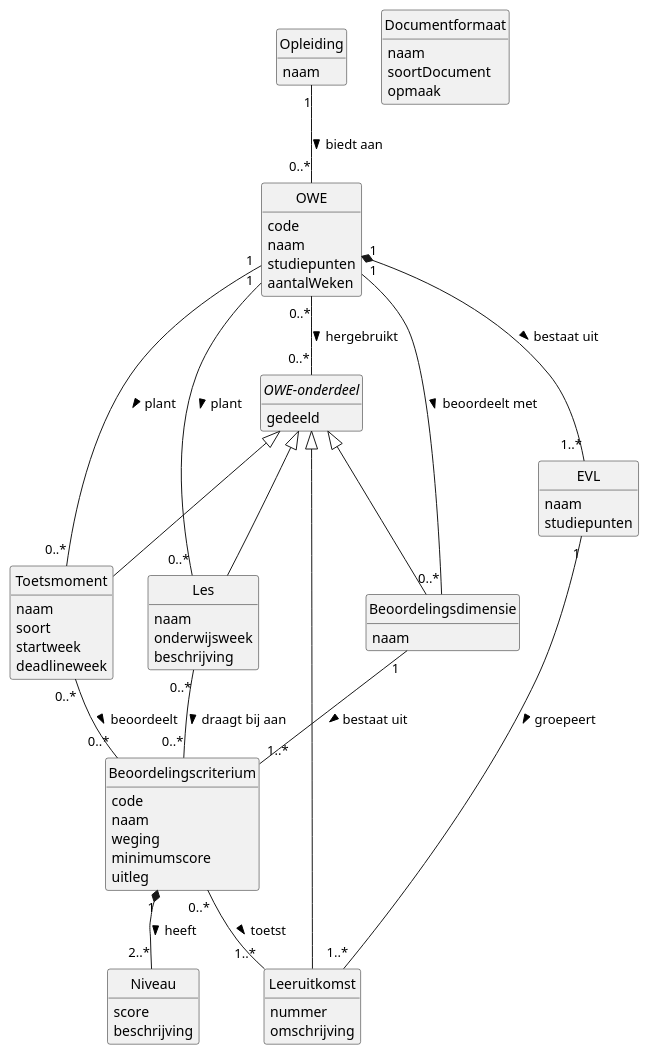
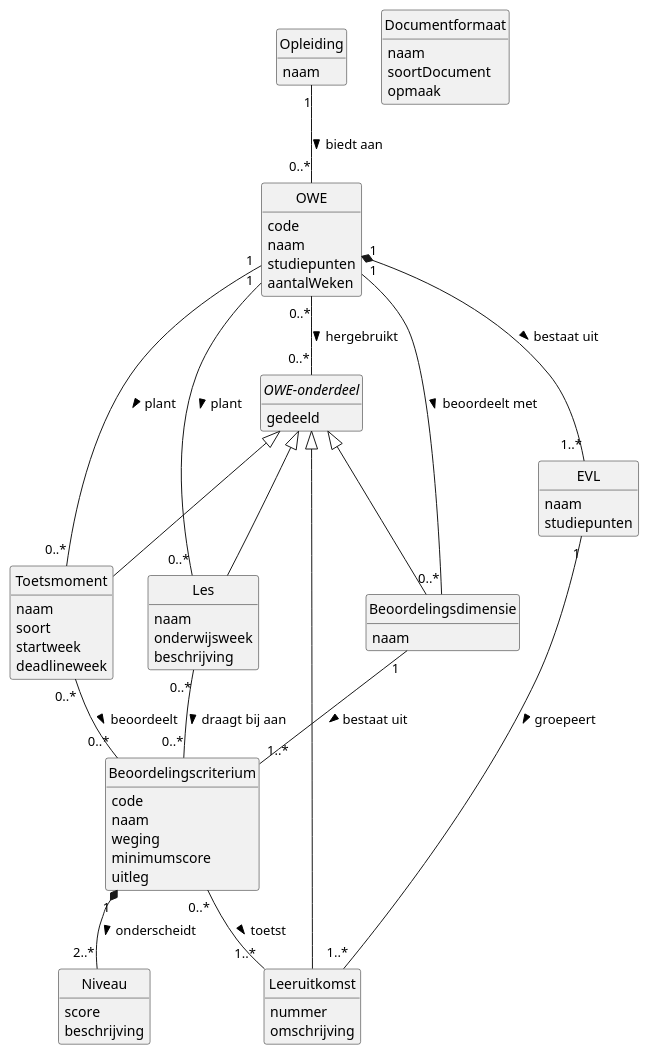
Before and after one commit to HAN-Craftsmanship-KL-JJG/casus: the diagram in docs/diagrams/domeinmodel.puml, drawn with PlantUML. The commit also changed 2 other files, not shown here.

```diff
--- a/docs/diagrams/domeinmodel.puml
+++ b/docs/diagrams/domeinmodel.puml
@@ -1,80 +1,80 @@
 @startuml domeinmodel
 ' Domeinmodel van ICDE. Toelichting: docs/domeinmodel.md
 ' Een domeinmodel heeft geen operaties, datatypes, visibility of navigatie.
 hide circle
 hide methods
 hide empty members
 skinparam shadowing false
 skinparam defaultFontName Helvetica
 skinparam classAttributeIconSize 0
 
 class Opleiding {
   naam
 }
 class OWE {
   code
   naam
   studiepunten
   aantalWeken
 }
 class EVL {
   naam
   studiepunten
 }
 abstract class "OWE-onderdeel" as Onderdeel {
   gedeeld
 }
 class Leeruitkomst {
   nummer
   omschrijving
 }
 class Beoordelingsdimensie {
   naam
 }
 class Beoordelingscriterium {
   code
   naam
   weging
   minimumscore
   uitleg
 }
 class Niveau {
   score
   beschrijving
 }
 class Les {
   naam
   onderwijsweek
   beschrijving
 }
 class Toetsmoment {
   naam
   soort
   startweek
   deadlineweek
 }
 class Documentformaat {
   naam
   soortDocument
   opmaak
 }
 
 Opleiding "1" -- "0..*" OWE : biedt aan >
 OWE "1" *-- "1..*" EVL : bestaat uit >
 EVL "1" -- "1..*" Leeruitkomst : groepeert >
 OWE "1" -- "0..*" Beoordelingsdimensie : beoordeelt met >
 Beoordelingsdimensie "1" -- "1..*" Beoordelingscriterium : bestaat uit >
-Beoordelingscriterium "1" *-- "2..*" Niveau : heeft >
+Beoordelingscriterium "1" *-- "2..*" Niveau : onderscheidt >
 OWE "1" -- "0..*" Les : plant >
 OWE "1" -- "0..*" Toetsmoment : plant >
 
 Beoordelingscriterium "0..*" -- "1..*" Leeruitkomst : toetst >
 Les "0..*" -- "0..*" Beoordelingscriterium : draagt bij aan >
 Toetsmoment "0..*" -- "0..*" Beoordelingscriterium : beoordeelt >
 
 Onderdeel <|-- Leeruitkomst
 Onderdeel <|-- Beoordelingsdimensie
 Onderdeel <|-- Les
 Onderdeel <|-- Toetsmoment
 OWE "0..*" -- "0..*" Onderdeel : hergebruikt >
 @enduml
```
